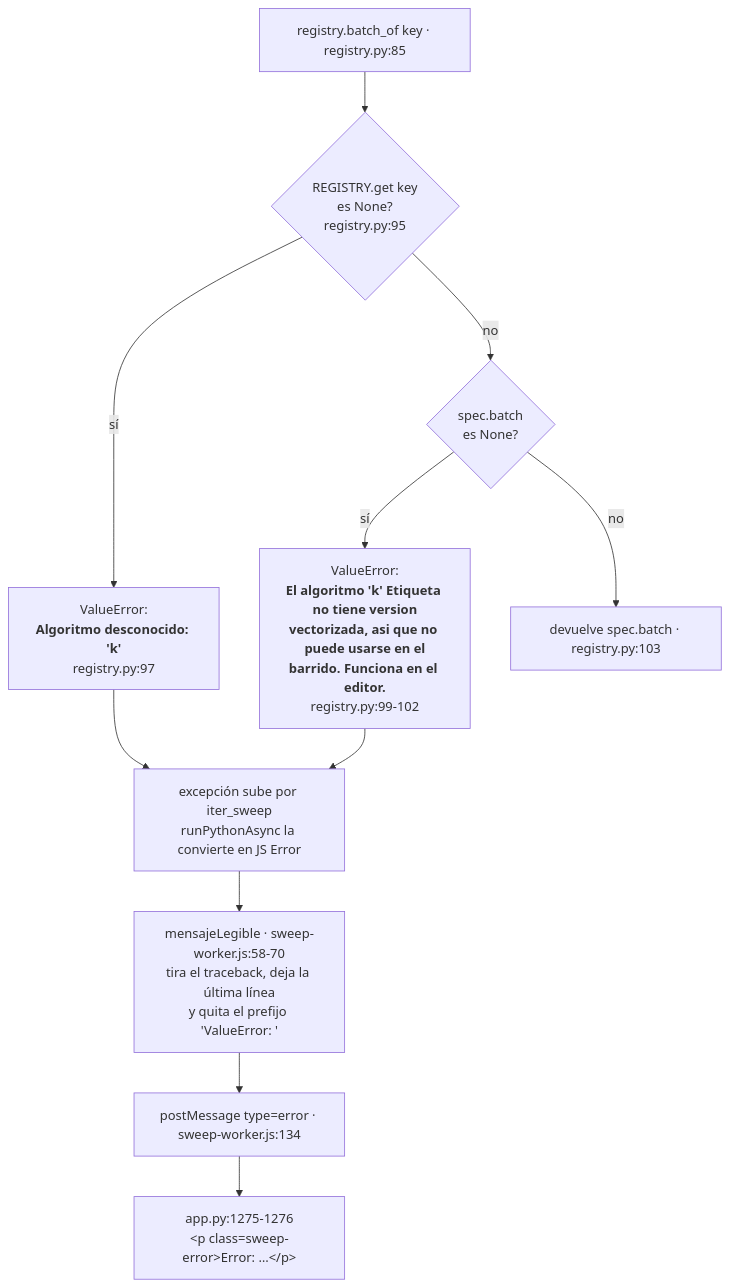
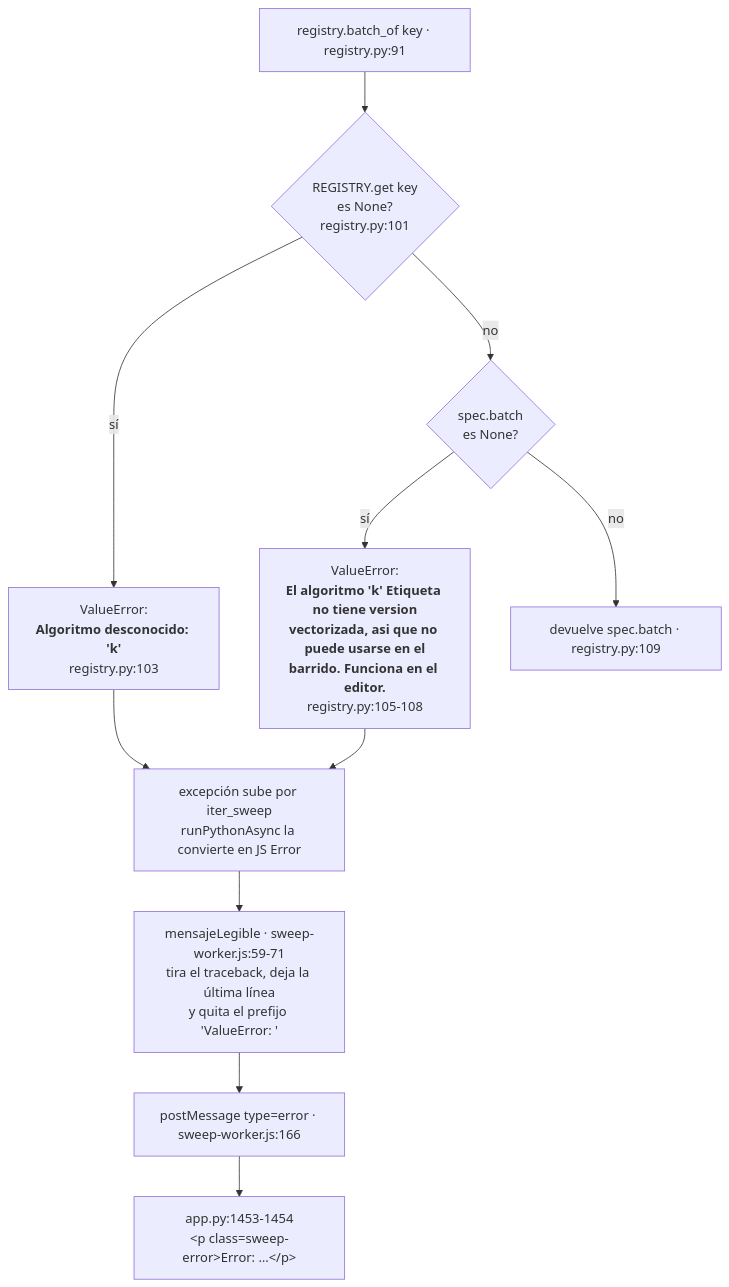
One commit to Rou-uu/consenso-simulador changed the sixth of 8 diagrams in docs/06-registro-algoritmos.md. Above: the diagram before and after it, drawn with Mermaid. The commit also changed other lines of this file and 19 other files, not shown here.

````diff
--- a/docs/06-registro-algoritmos.md
+++ b/docs/06-registro-algoritmos.md
@@ -580,14 +583,14 @@
 ```mermaid
 flowchart TD
-    IN["registry.batch_of key · registry.py:85"] --> Q1{"REGISTRY.get key<br/>es None?<br/>registry.py:95"}
-    Q1 -->|sí| M1["ValueError:<br/><b>Algoritmo desconocido: 'k'</b><br/>registry.py:97"]
+    IN["registry.batch_of key · registry.py:91"] --> Q1{"REGISTRY.get key<br/>es None?<br/>registry.py:101"}
+    Q1 -->|sí| M1["ValueError:<br/><b>Algoritmo desconocido: 'k'</b><br/>registry.py:103"]
     Q1 -->|no| Q2{"spec.batch<br/>es None?"}
-    Q2 -->|sí| M2["ValueError:<br/><b>El algoritmo 'k' Etiqueta no tiene version<br/>vectorizada, asi que no puede usarse en el<br/>barrido. Funciona en el editor.</b><br/>registry.py:99-102"]
-    Q2 -->|no| OK["devuelve spec.batch · registry.py:103"]
+    Q2 -->|sí| M2["ValueError:<br/><b>El algoritmo 'k' Etiqueta no tiene version<br/>vectorizada, asi que no puede usarse en el<br/>barrido. Funciona en el editor.</b><br/>registry.py:105-108"]
+    Q2 -->|no| OK["devuelve spec.batch · registry.py:109"]
 
     M1 --> W["excepción sube por iter_sweep<br/>runPythonAsync la convierte en JS Error"]
     M2 --> W
-    W --> CLEAN["mensajeLegible · sweep-worker.js:58-70<br/>tira el traceback, deja la última línea<br/>y quita el prefijo 'ValueError: '"]
-    CLEAN --> POST["postMessage type=error · sweep-worker.js:134"]
-    POST --> UI["app.py:1275-1276<br/>&lt;p class=sweep-error&gt;Error: …&lt;/p&gt;"]
+    W --> CLEAN["mensajeLegible · sweep-worker.js:59-71<br/>tira el traceback, deja la última línea<br/>y quita el prefijo 'ValueError: '"]
+    CLEAN --> POST["postMessage type=error · sweep-worker.js:166"]
+    POST --> UI["app.py:1453-1454<br/>&lt;p class=sweep-error&gt;Error: …&lt;/p&gt;"]
 ```
````
